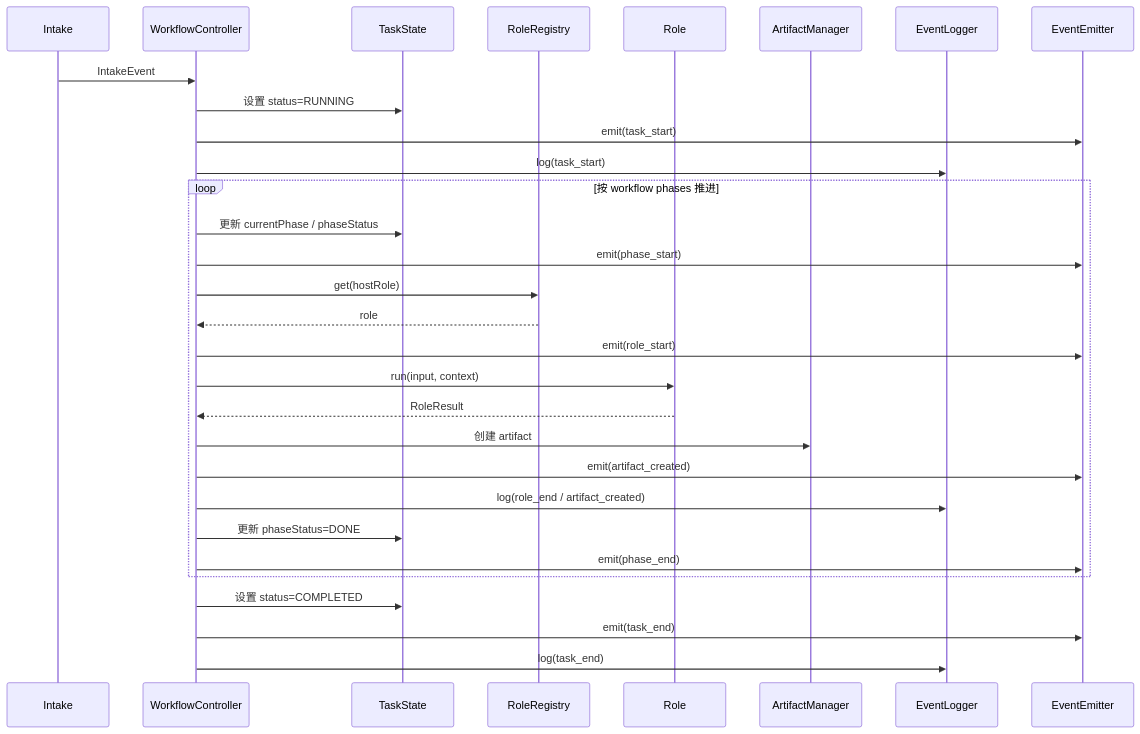
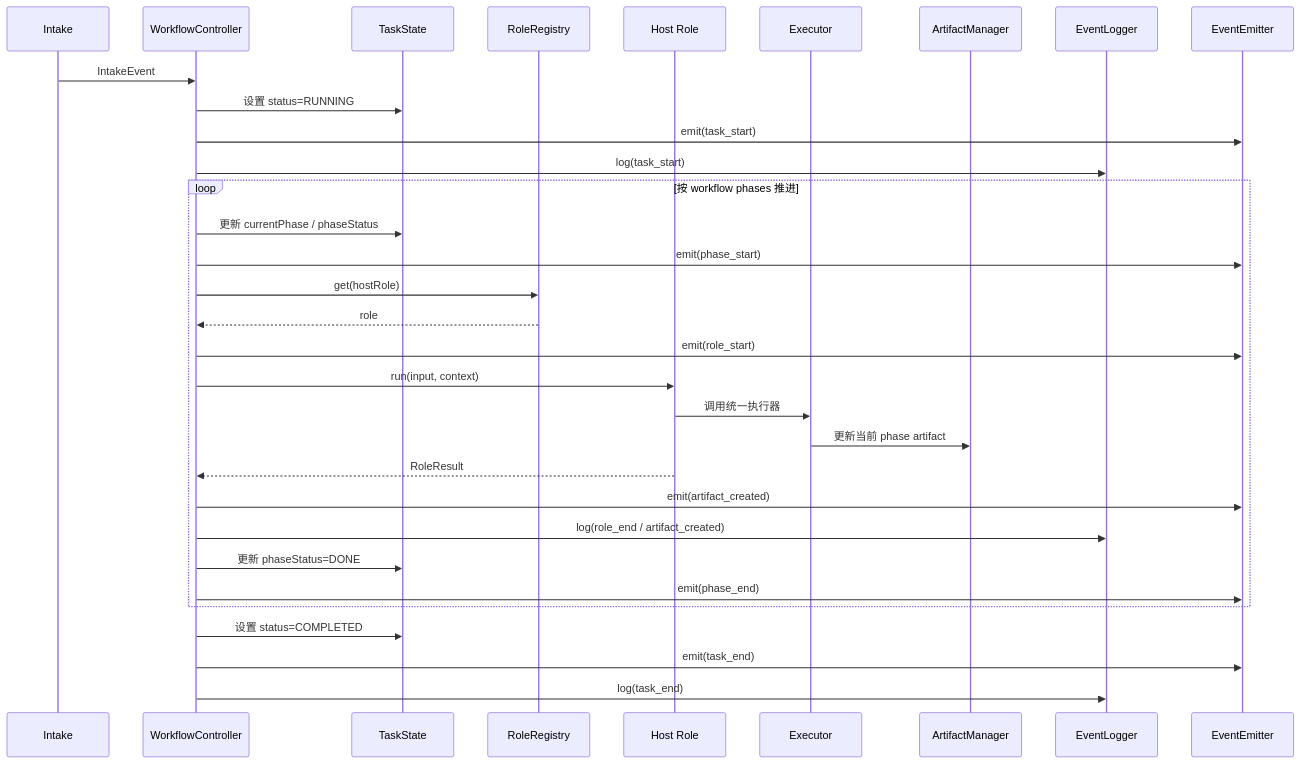
One commit to AryzingKhaos/AegisFlow changed the third of 6 diagrams in roleflow/clarifications/0.1.0/default-workflow-workflow-layer-prd.md. Above: the diagram before and after it, drawn with Mermaid. The commit also changed other lines of this file and 7 other files, not shown here.

````diff
--- a/roleflow/clarifications/0.1.0/default-workflow-workflow-layer-prd.md
+++ b/roleflow/clarifications/0.1.0/default-workflow-workflow-layer-prd.md
@@ -148,35 +151,37 @@
 ```mermaid
 sequenceDiagram
     participant IA as Intake
     participant WF as WorkflowController
     participant TS as TaskState
     participant RR as RoleRegistry
-    participant R as Role
+    participant R as Host Role
+    participant EX as Executor
     participant AM as ArtifactManager
     participant EL as EventLogger
     participant EE as EventEmitter
 
     IA->>WF: IntakeEvent
     WF->>TS: 设置 status=RUNNING
     WF->>EE: emit(task_start)
     WF->>EL: log(task_start)
 
     loop 按 workflow phases 推进
         WF->>TS: 更新 currentPhase / phaseStatus
         WF->>EE: emit(phase_start)
         WF->>RR: get(hostRole)
         RR-->>WF: role
         WF->>EE: emit(role_start)
         WF->>R: run(input, context)
+        R->>EX: 调用统一执行器
+        EX->>AM: 更新当前 phase artifact
         R-->>WF: RoleResult
-        WF->>AM: 创建 artifact
         WF->>EE: emit(artifact_created)
         WF->>EL: log(role_end / artifact_created)
         WF->>TS: 更新 phaseStatus=DONE
         WF->>EE: emit(phase_end)
     end
 
     WF->>TS: 设置 status=COMPLETED
     WF->>EE: emit(task_end)
     WF->>EL: log(task_end)
 ```
````
